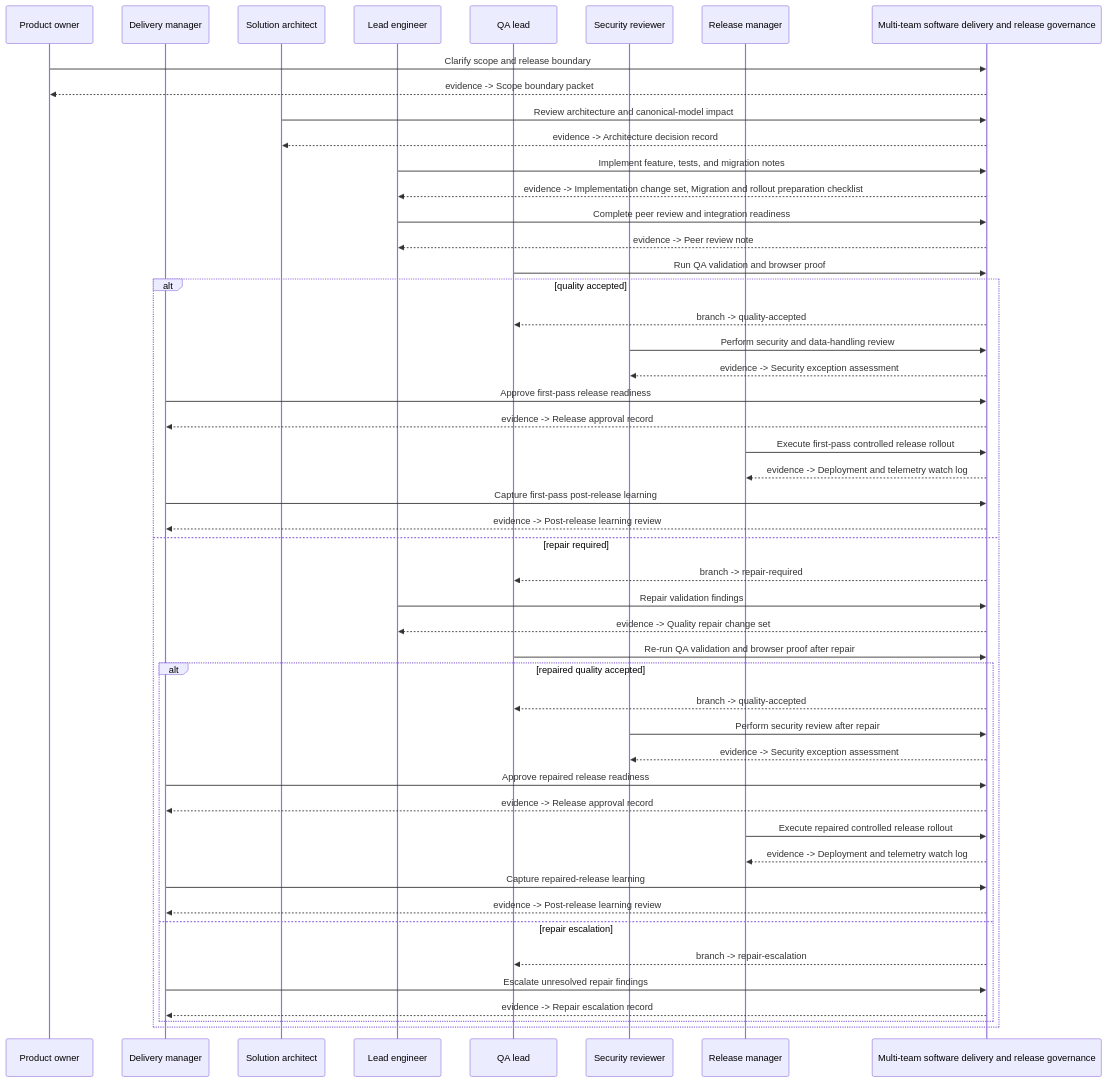
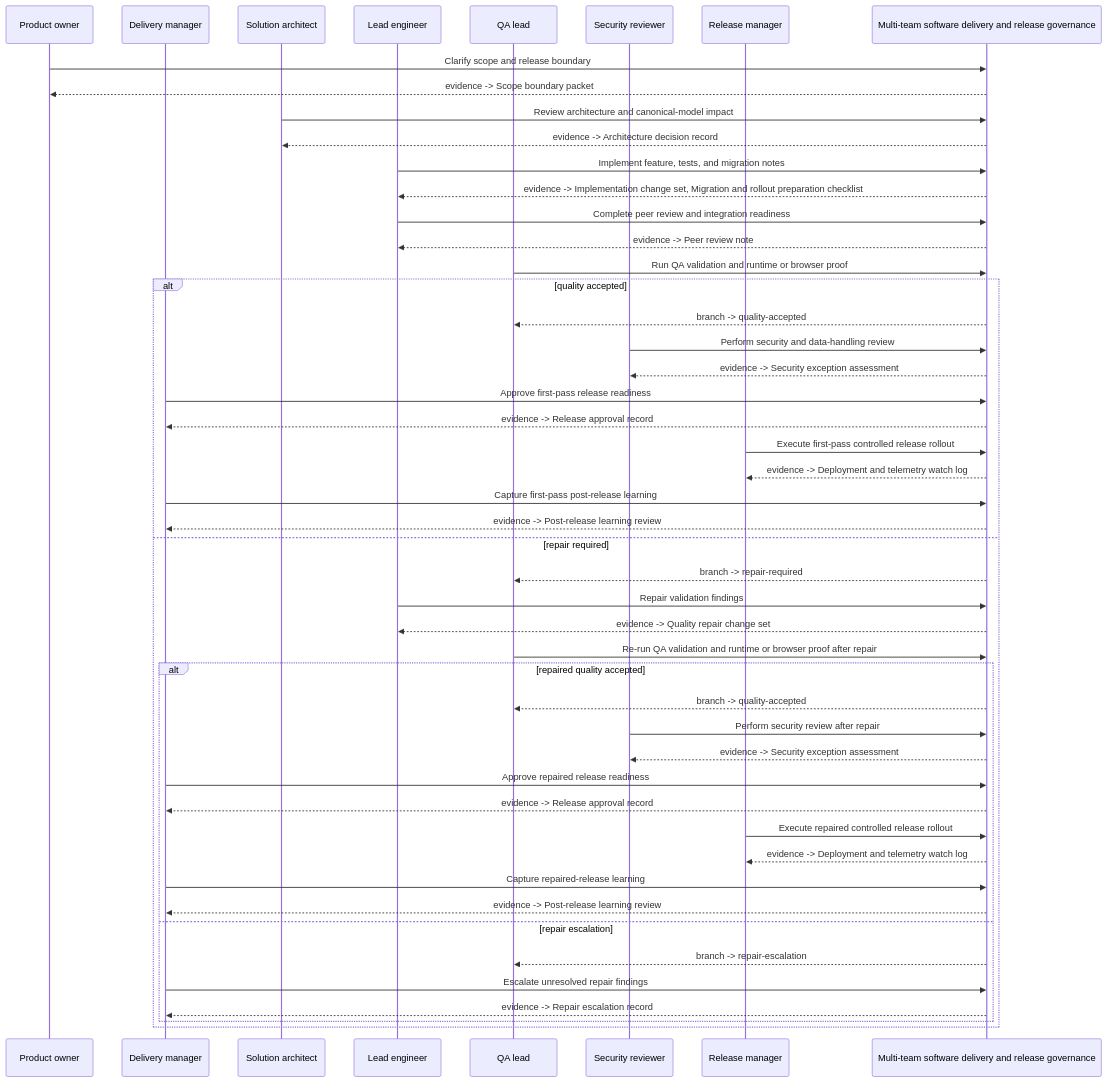
One commit to fyziktom/CanDoItAll changed the diagram in Templates/Processes/processes/software-delivery/mermaid/sequence.mmd. Above: the diagram before and after it, drawn with Mermaid. The commit also changed 53 other files, not shown here.

```diff
--- a/Templates/Processes/processes/software-delivery/mermaid/sequence.mmd
+++ b/Templates/Processes/processes/software-delivery/mermaid/sequence.mmd
@@ -1,50 +1,50 @@
 sequenceDiagram
 %% process-key: software-delivery
     participant role_product_owner as Product owner
     participant role_delivery_manager as Delivery manager
     participant role_solution_architect as Solution architect
     participant role_lead_engineer as Lead engineer
     participant role_qa_lead as QA lead
     participant role_security_reviewer as Security reviewer
     participant role_release_manager as Release manager
     participant system as Multi-team software delivery and release governance
     role_product_owner->>system: Clarify scope and release boundary
     system-->>role_product_owner: evidence -> Scope boundary packet
     role_solution_architect->>system: Review architecture and canonical-model impact
     system-->>role_solution_architect: evidence -> Architecture decision record
     role_lead_engineer->>system: Implement feature, tests, and migration notes
     system-->>role_lead_engineer: evidence -> Implementation change set, Migration and rollout preparation checklist
     role_lead_engineer->>system: Complete peer review and integration readiness
     system-->>role_lead_engineer: evidence -> Peer review note
-    role_qa_lead->>system: Run QA validation and browser proof
+    role_qa_lead->>system: Run QA validation and runtime or browser proof
     alt quality accepted
         system-->>role_qa_lead: branch -> quality-accepted
         role_security_reviewer->>system: Perform security and data-handling review
         system-->>role_security_reviewer: evidence -> Security exception assessment
         role_delivery_manager->>system: Approve first-pass release readiness
         system-->>role_delivery_manager: evidence -> Release approval record
         role_release_manager->>system: Execute first-pass controlled release rollout
         system-->>role_release_manager: evidence -> Deployment and telemetry watch log
         role_delivery_manager->>system: Capture first-pass post-release learning
         system-->>role_delivery_manager: evidence -> Post-release learning review
     else repair required
         system-->>role_qa_lead: branch -> repair-required
         role_lead_engineer->>system: Repair validation findings
         system-->>role_lead_engineer: evidence -> Quality repair change set
-        role_qa_lead->>system: Re-run QA validation and browser proof after repair
+        role_qa_lead->>system: Re-run QA validation and runtime or browser proof after repair
         alt repaired quality accepted
             system-->>role_qa_lead: branch -> quality-accepted
             role_security_reviewer->>system: Perform security review after repair
             system-->>role_security_reviewer: evidence -> Security exception assessment
             role_delivery_manager->>system: Approve repaired release readiness
             system-->>role_delivery_manager: evidence -> Release approval record
             role_release_manager->>system: Execute repaired controlled release rollout
             system-->>role_release_manager: evidence -> Deployment and telemetry watch log
             role_delivery_manager->>system: Capture repaired-release learning
             system-->>role_delivery_manager: evidence -> Post-release learning review
         else repair escalation
             system-->>role_qa_lead: branch -> repair-escalation
             role_delivery_manager->>system: Escalate unresolved repair findings
             system-->>role_delivery_manager: evidence -> Repair escalation record
         end
     end
```
